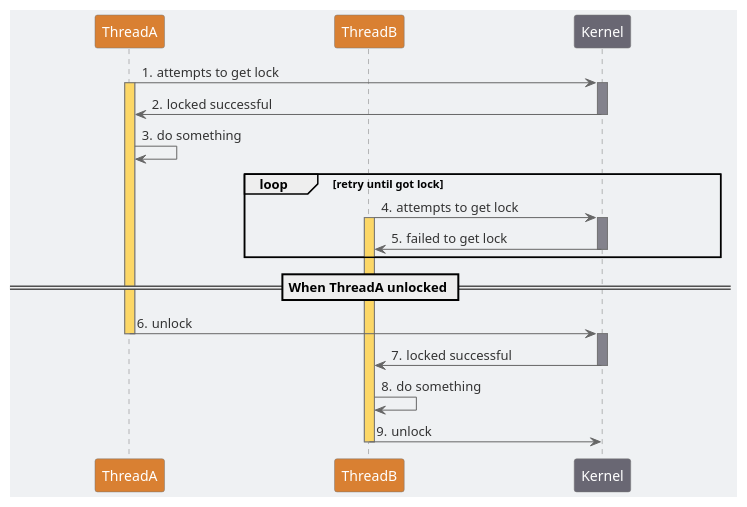
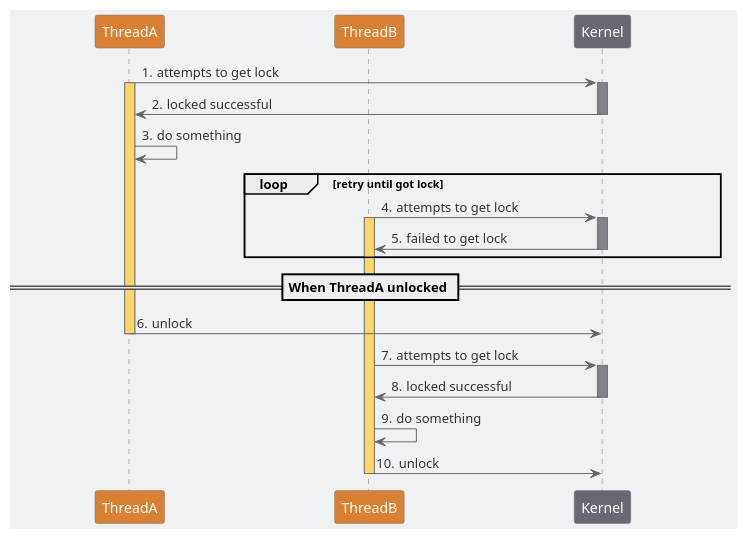
Before and after one commit to JianLiu666/plantuml: the diagram in puml/locks/spin.puml, drawn with PlantUML. The commit also changed 1 other file, not shown here.

Commit message:
doc(locks): fix diagram error

```diff
--- a/puml/locks/spin.puml
+++ b/puml/locks/spin.puml
@@ -1,54 +1,57 @@
 @startuml mutex_lock
 
 skinparam ParticipantPadding 80
 skinparam BackgroundColor #EFF1F3
 skinparam Shadowing false
 skinparam sequence {
     ParticipantBorderColor #777777
     ParticipantFontColor #FFFFFF
     LifeLineBorderColor #777777
     ArrowColor #666666
     ArrowFontColor #333333
 }
 
 participant "ThreadA" as ta     #D98032
 participant "ThreadB" as tb     #D98032
 participant "Kernel"  as kernel #696773
 
 autonumber "0."
 
 ta -> kernel : attempts to get lock
 activate ta #FCD766
 activate kernel #83828C
 
 kernel -> ta : locked successful
 deactivate kernel
 
 ta -> ta : do something
 
 loop retry until got lock
 
     tb -> kernel : attempts to get lock
     activate tb #FCD766
     activate kernel #83828C
 
     kernel -> tb : failed to get lock
     deactivate kernel
 
 end
 
 == When ThreadA unlocked ==
 
 ta -> kernel : unlock
 deactivate ta
+
+tb -> kernel : attempts to get lock
 activate kernel #83828C
 
 kernel -> tb : locked successful
+
 deactivate kernel
 
 tb -> tb : do something
 
 tb -> kernel : unlock
 deactivate tb
 
 @enduml
```
